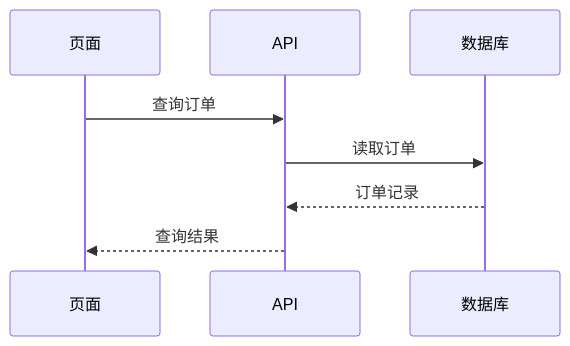
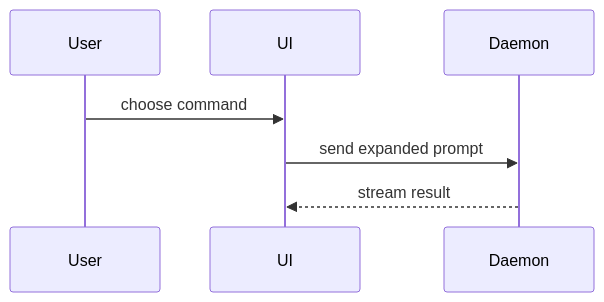
One commit to zaixi/AI-SDLC changed the diagram in skills/visual-explanation_2/SKILL.md. Above: the diagram before and after it, drawn with Mermaid. The commit also changed other lines of this file and 11 other files, not shown here.

````diff
--- a/skills/visual-explanation_2/SKILL.md
+++ b/skills/visual-explanation_2/SKILL.md
@@ -55,10 +69,9 @@
 ```mermaid
 sequenceDiagram
-    participant UI as 页面
-    participant API
-    participant DB as 数据库
-    UI->>API: 查询订单
-    API->>DB: 读取订单
-    DB-->>API: 订单记录
-    API-->>UI: 查询结果
+    participant User
+    participant UI
+    participant Daemon
+    User->>UI: choose command
+    UI->>Daemon: send expanded prompt
+    Daemon-->>UI: stream result
 ```
````
